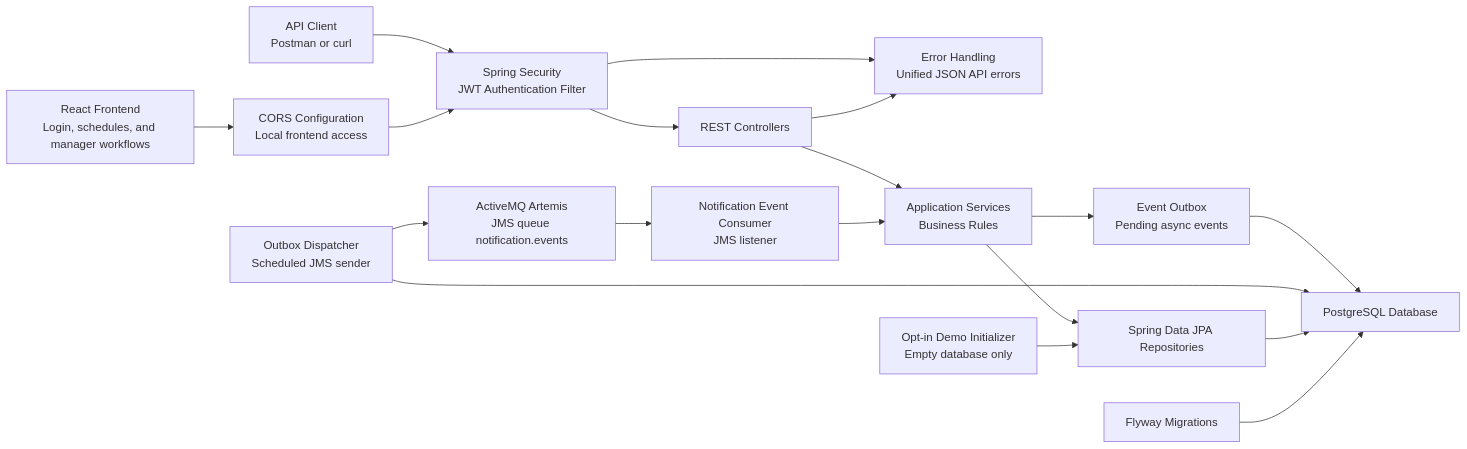
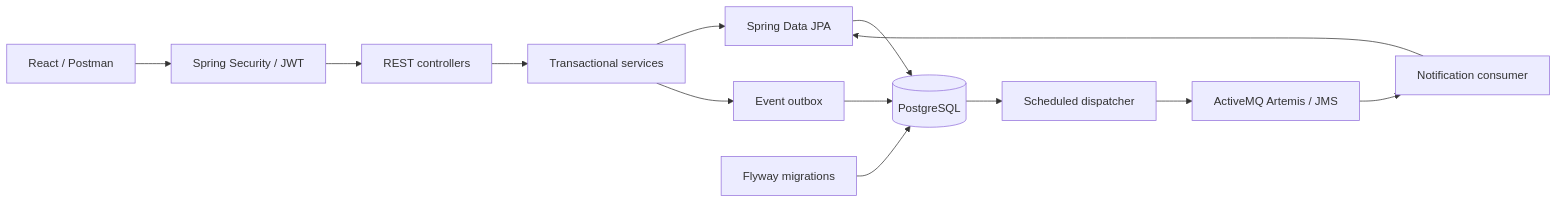
One commit to HiliMor/shift-management-system changed the first of 3 diagrams in docs/current-backend-architecture.md. Above: the diagram before and after it, drawn with Mermaid. The commit also changed other lines of this file and 10 other files, not shown here.

````diff
--- a/docs/current-backend-architecture.md
+++ b/docs/current-backend-architecture.md
@@ -9,36 +9,15 @@
 ```mermaid
 flowchart LR
-    react["React Frontend<br/>Login, schedules, and manager workflows"]
-    apiClient["API Client<br/>Postman or curl"]
-    security["Spring Security<br/>JWT Authentication Filter"]
-    cors["CORS Configuration<br/>Local frontend access"]
-    controllers["REST Controllers"]
-    errorHandling["Error Handling<br/>Unified JSON API errors"]
-    services["Application Services<br/>Business Rules"]
-    outbox["Event Outbox<br/>Pending async events"]
-    dispatcher["Outbox Dispatcher<br/>Scheduled JMS sender"]
-    jms["ActiveMQ Artemis<br/>JMS queue notification.events"]
-    consumer["Notification Event Consumer<br/>JMS listener"]
-    repositories["Spring Data JPA Repositories"]
-    database["PostgreSQL Database"]
-    flyway["Flyway Migrations"]
-    seed["Opt-in Demo Initializer<br/>Empty database only"]
-
-    react --> cors
-    apiClient --> security
-    cors --> security
-    security --> controllers
-    security --> errorHandling
-    controllers --> services
-    controllers --> errorHandling
-    services --> outbox
-    services --> repositories
-    outbox --> database
-    dispatcher --> database
-    dispatcher --> jms
-    jms --> consumer
-    consumer --> services
-    repositories --> database
-    flyway --> database
-    seed --> repositories
+    UI["React / Postman"] --> Security["Spring Security / JWT"]
+    Security --> Controllers["REST controllers"]
+    Controllers --> Services["Transactional services"]
+    Services --> JPA["Spring Data JPA"]
+    JPA --> DB[("PostgreSQL")]
+    Services --> Outbox["Event outbox"]
+    Outbox --> DB
+    DB --> Dispatcher["Scheduled dispatcher"]
+    Dispatcher --> Broker["ActiveMQ Artemis / JMS"]
+    Broker --> Consumer["Notification consumer"]
+    Consumer --> JPA
+    Flyway["Flyway migrations"] --> DB
 ```
````
